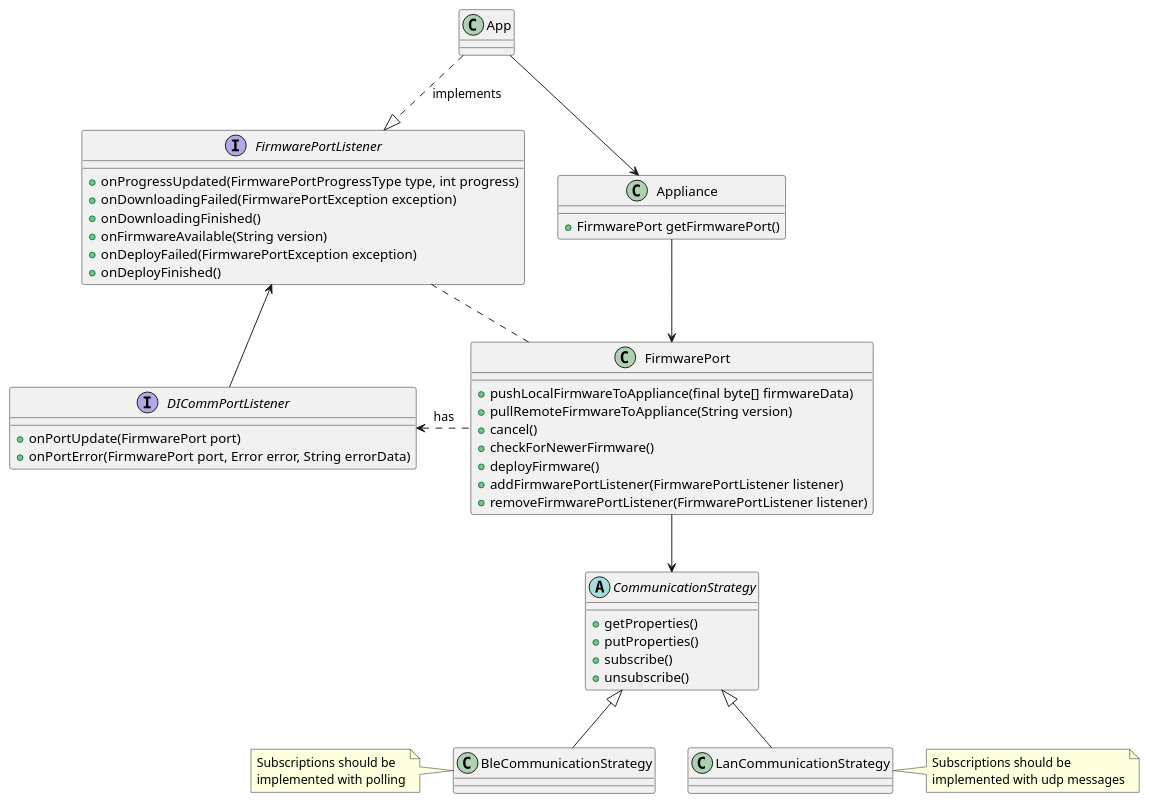
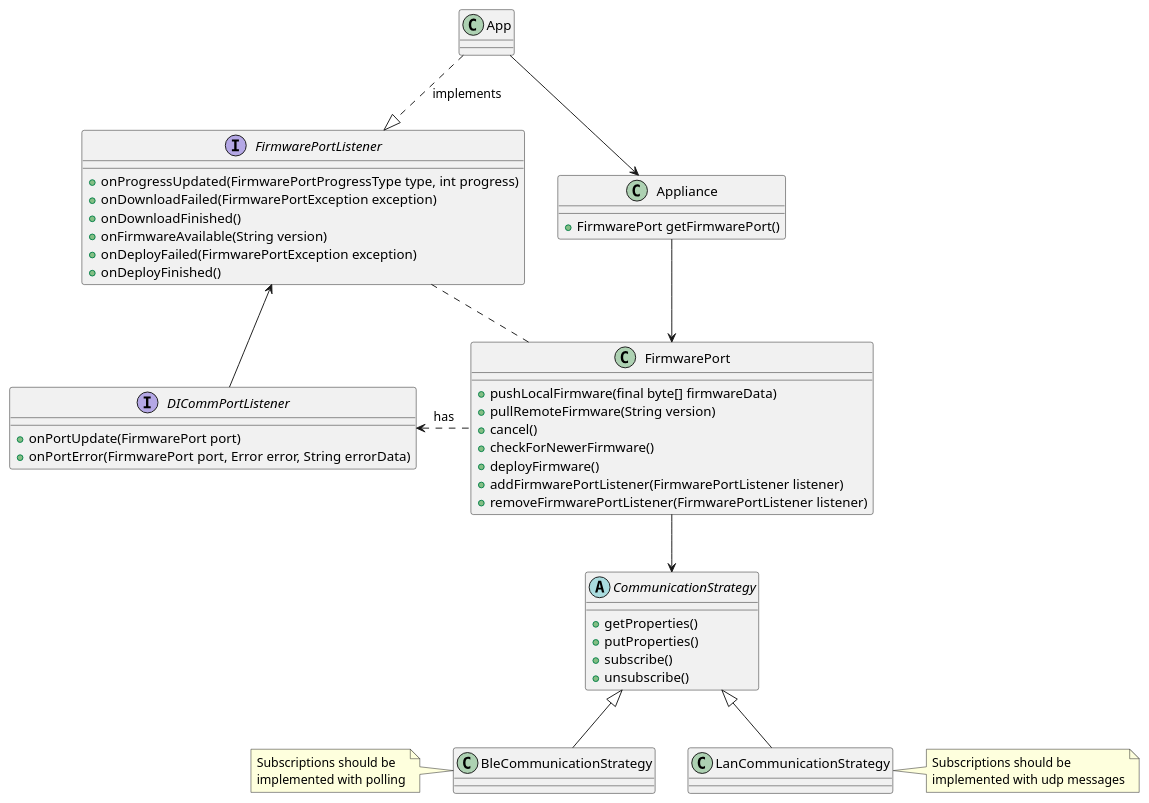
Before and after one commit to rahul2008/mobile-plf-android: the diagram in Documents/Internal/FirewareUpgrade.puml, drawn with PlantUML. The commit also changed 1 other file, not shown here.

```diff
--- a/Documents/Internal/FirewareUpgrade.puml
+++ b/Documents/Internal/FirewareUpgrade.puml
@@ -1,61 +1,61 @@
 @startuml
 
 class App {
 }
 
 class Appliance {
     + FirmwarePort getFirmwarePort()
 }
 
 class FirmwarePort {
-    + pushLocalFirmwareToAppliance(final byte[] firmwareData)
-    + pullRemoteFirmwareToAppliance(String version)
+    + pushLocalFirmware(final byte[] firmwareData)
+    + pullRemoteFirmware(String version)
     + cancel()
     + checkForNewerFirmware()
     + deployFirmware()
     + addFirmwarePortListener(FirmwarePortListener listener)
     + removeFirmwarePortListener(FirmwarePortListener listener)
 }
 
 interface FirmwarePortListener {
     + onProgressUpdated(FirmwarePortProgressType type, int progress)
-    + onDownloadingFailed(FirmwarePortException exception)
-    + onDownloadingFinished()
+    + onDownloadFailed(FirmwarePortException exception)
+    + onDownloadFinished()
     + onFirmwareAvailable(String version)
     + onDeployFailed(FirmwarePortException exception)
     + onDeployFinished()
 }
 
 interface DICommPortListener {
     + onPortUpdate(FirmwarePort port)
     + onPortError(FirmwarePort port, Error error, String errorData)
 }
 
 abstract class CommunicationStrategy {
     + getProperties()
     + putProperties()
     + subscribe()
     + unsubscribe()
 }
 
 
 class BleCommunicationStrategy {
 }
 note left : Subscriptions should be\nimplemented with polling
 
 class LanCommunicationStrategy {
 }
 note right : Subscriptions should be\nimplemented with udp messages
 
 
 App -down-> Appliance
 App ..|> FirmwarePortListener : implements
 Appliance -down-> FirmwarePort
 FirmwarePort .. FirmwarePortListener
 FirmwarePort .left.> DICommPortListener: has
 DICommPortListener -up-> FirmwarePortListener
 CommunicationStrategy <|-- LanCommunicationStrategy
 CommunicationStrategy <|-- BleCommunicationStrategy
 FirmwarePort --> CommunicationStrategy
 
 @enduml
```
